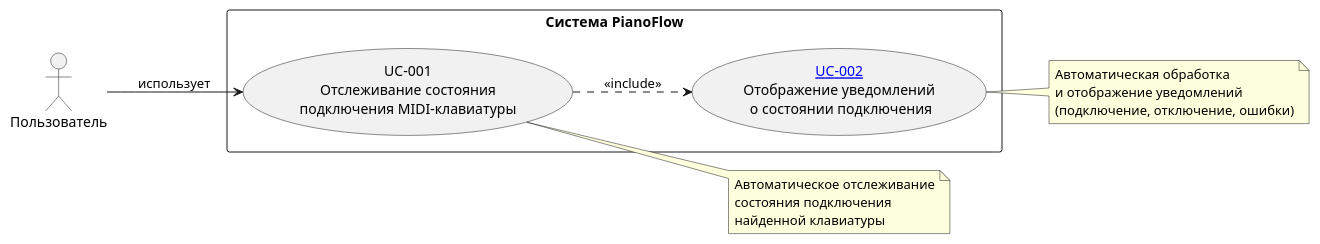
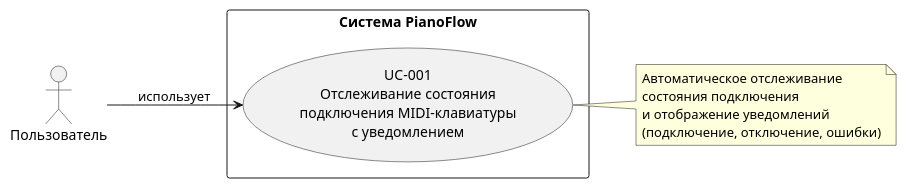
Before and after one commit to astrizhachuk/PianoFlow: the first of 2 diagrams in docs/uc/MIDI_KEYBOARD_CONNECTION_STATE.md, drawn with PlantUML. The commit also changed other lines of this file and 7 other files, not shown here.

Commit message:
refactor: Реализация уведомлений о состоянии подключения MIDI-клавиатуры

````diff
--- a/docs/uc/MIDI_KEYBOARD_CONNECTION_STATE.md
+++ b/docs/uc/MIDI_KEYBOARD_CONNECTION_STATE.md
@@ -28,26 +26,22 @@
 ```plantuml
 @startuml
 left to right direction
 actor Пользователь as User
 rectangle "Система PianoFlow" {
-  usecase UC1 as "UC-001\nОтслеживание состояния\nподключения MIDI-клавиатуры"
-  usecase UC2 as "[[./MIDI_CONNECTION_NOTIFICATIONS.md UC-002]]\nОтображение уведомлений\n о состоянии подключения"
+  usecase UC1 as "UC-001
+Отслеживание состояния
+подключения MIDI-клавиатуры
+с уведомлением"
 }
 
 User --> UC1 : использует
-UC1 ..> UC2 : <<include>>
 
 note right of UC1
   Автоматическое отслеживание
   состояния подключения
-  найденной клавиатуры
-end note
-
-note right of UC2
-  Автоматическая обработка
   и отображение уведомлений
   (подключение, отключение, ошибки)
 end note
 
 @enduml
 ```
````
